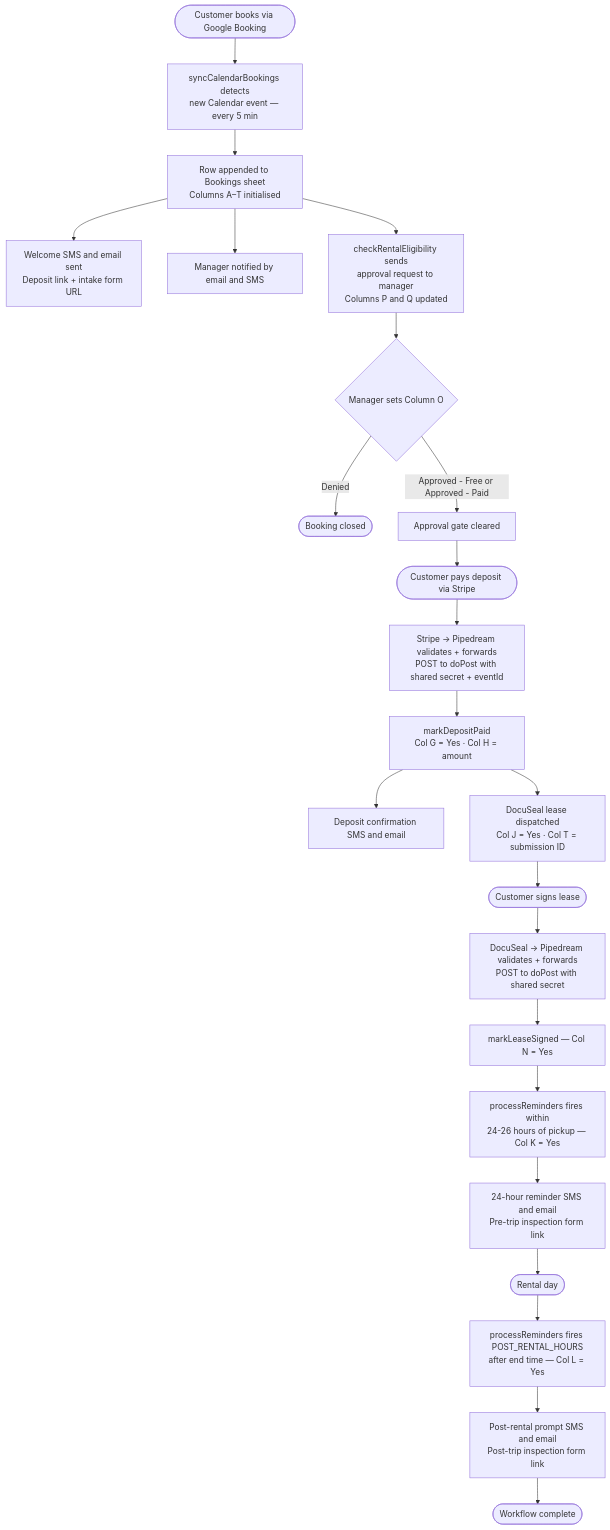
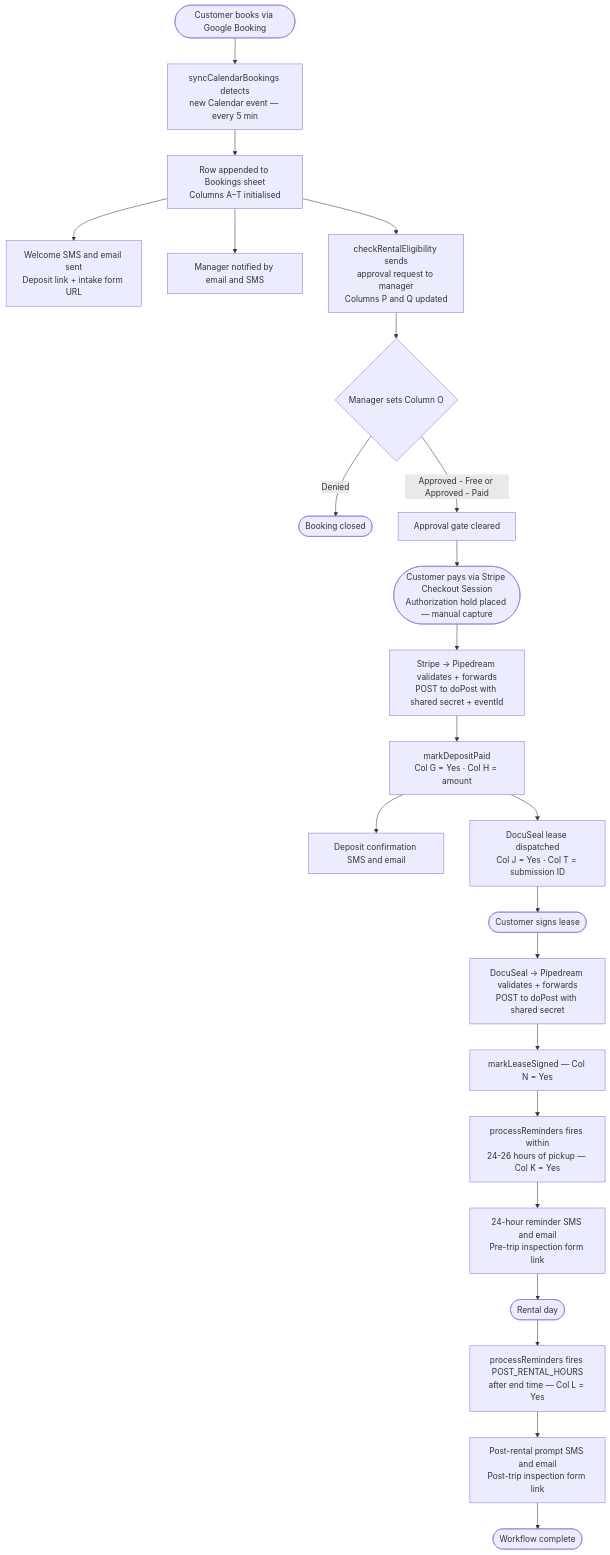
Before and after one commit to SolomonBell/vehicle-script: the first of 2 diagrams in README.md, drawn with Mermaid. The commit also changed other lines of this file and 7 other files, not shown here.

````diff
--- a/README.md
+++ b/README.md
@@ -218,29 +229,29 @@
 ```mermaid
 flowchart TD
     A([Customer books via Google Booking]) --> B[syncCalendarBookings detects\nnew Calendar event — every 5 min]
     B --> C[Row appended to Bookings sheet\nColumns A–T initialised]
     C --> D[Welcome SMS and email sent\nDeposit link + intake form URL]
     C --> E[Manager notified by email and SMS]
     C --> F[checkRentalEligibility sends\napproval request to manager\nColumns P and Q updated]
 
     F --> G{Manager sets Column O}
     G -->|Denied| STOP([Booking closed])
     G -->|Approved - Free or Approved - Paid| H[Approval gate cleared]
 
-    H --> I([Customer pays deposit via Stripe])
+    H --> I([Customer pays via Stripe Checkout Session\nAuthorization hold placed — manual capture])
     I --> J[Stripe → Pipedream validates + forwards\nPOST to doPost with shared secret + eventId]
     J --> K[markDepositPaid\nCol G = Yes · Col H = amount]
     K --> L[Deposit confirmation SMS and email]
     K --> M[DocuSeal lease dispatched\nCol J = Yes · Col T = submission ID]
 
     M --> N([Customer signs lease])
     N --> O[DocuSeal → Pipedream validates + forwards\nPOST to doPost with shared secret]
     O --> P[markLeaseSigned — Col N = Yes]
 
     P --> Q[processReminders fires within\n24-26 hours of pickup — Col K = Yes]
     Q --> R[24-hour reminder SMS and email\nPre-trip inspection form link]
     R --> S([Rental day])
     S --> T[processReminders fires POST_RENTAL_HOURS\nafter end time — Col L = Yes]
     T --> U[Post-rental prompt SMS and email\nPost-trip inspection form link]
     U --> V([Workflow complete])
 ```
````
